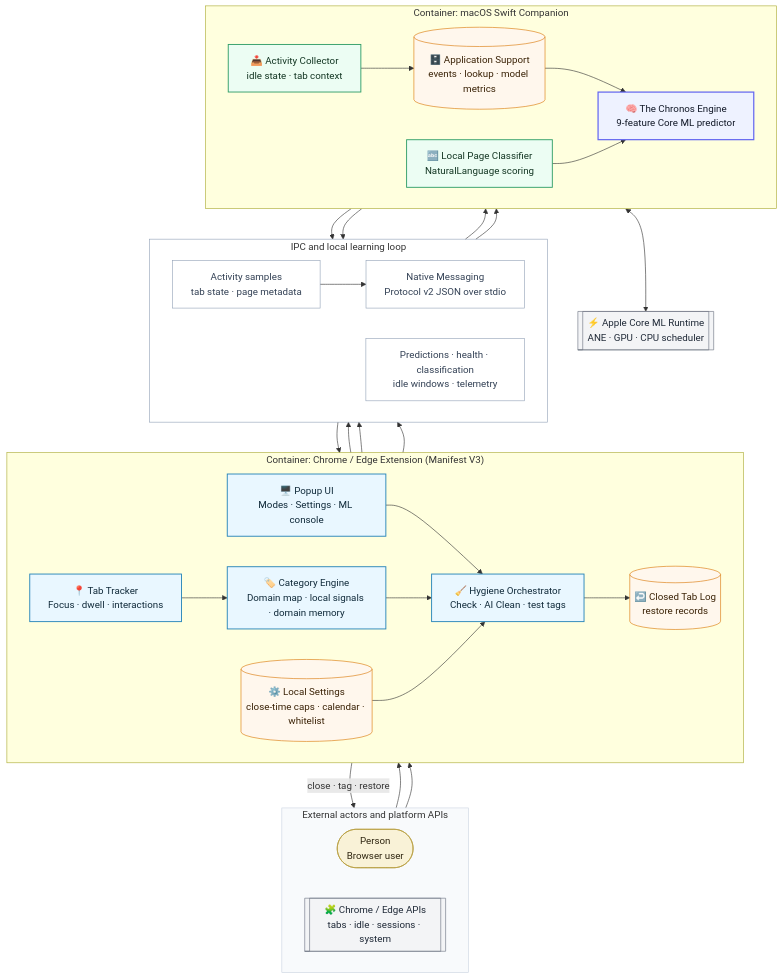
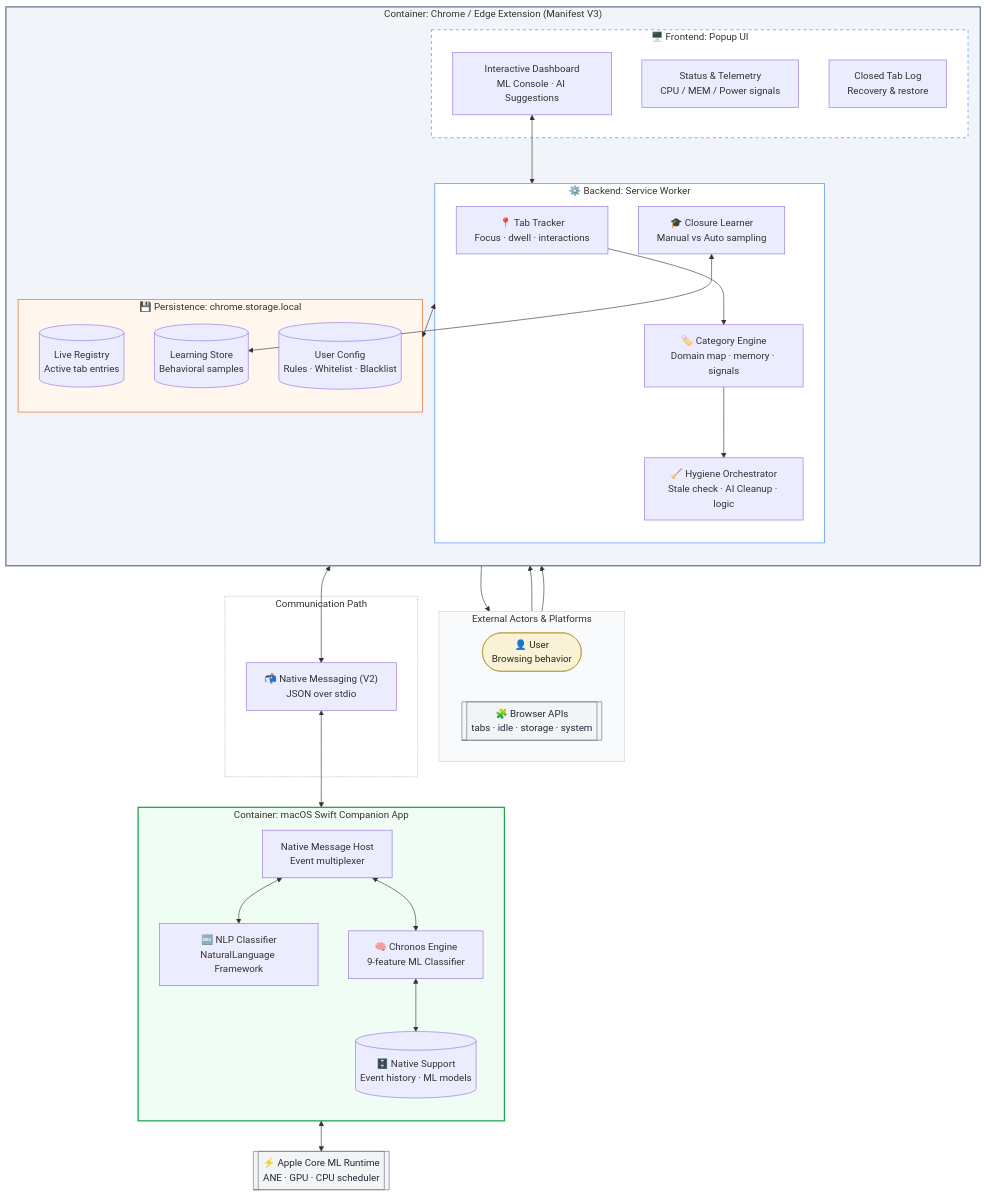
One commit to dubianche123/device-native-tab-hygiene changed the diagram in README.md. Above: the diagram before and after it, drawn with Mermaid. The commit also changed 1 other file, not shown here.

Commit message:
Refine C4 Container View in READMEs to accurately reflect system architecture

````diff
--- a/README.md
+++ b/README.md
@@ -19,72 +19,75 @@
 ```mermaid
 flowchart TB
-  subgraph actors["External actors and platform APIs"]
+  subgraph actors["External Actors & Platforms"]
     direction LR
-    user(["Person<br/>Browser user"])
-    chrome[["🧩 Chrome / Edge APIs<br/>tabs · idle · sessions · system"]]
+    user(["👤 User<br/>Browsing behavior"])
+    chrome[["🧩 Browser APIs<br/>tabs · idle · storage · system"]]
   end
 
   subgraph browser["Container: Chrome / Edge Extension (Manifest V3)"]
-    direction LR
-    popup["🖥️ Popup UI<br/>Modes · Settings · ML console"]
-    tracker["📍 Tab Tracker<br/>Focus · dwell · interactions"]
-    category["🏷️ Category Engine<br/>Domain map · local signals · domain memory"]
-    hygiene["🧹 Hygiene Orchestrator<br/>Check · AI Clean · test tags"]
-    settings[("⚙️ Local Settings<br/>close-time caps · calendar · whitelist")]
-    closedLog[("↩️ Closed Tab Log<br/>restore records")]
+    direction TB
+    subgraph popup["🖥️ Frontend: Popup UI"]
+      p_ui["Interactive Dashboard<br/>ML Console · AI Suggestions"]
+      p_telemetry["Status & Telemetry<br/>CPU / MEM / Power signals"]
+      p_log["Closed Tab Log<br/>Recovery & restore"]
+    end
+
+    subgraph background["⚙️ Backend: Service Worker"]
+      b_tracker["📍 Tab Tracker<br/>Focus · dwell · interactions"]
+      b_learner["🎓 Closure Learner<br/>Manual vs Auto sampling"]
+      b_engine["🏷️ Category Engine<br/>Domain map · memory · signals"]
+      b_orchestrator["🧹 Hygiene Orchestrator<br/>Stale check · AI Cleanup · logic"]
+    end
+
+    subgraph storage["💾 Persistence: chrome.storage.local"]
+      s_registry[("Live Registry<br/>Active tab entries")]
+      s_samples[("Learning Store<br/>Behavioral samples")]
+      s_settings[("User Config<br/>Rules · Whitelist · Blacklist")]
+    end
   end
 
-  subgraph dataflow["IPC and local learning loop"]
-    direction LR
-    sampleBus["Activity samples<br/>tab state · page metadata"]
-    nativeBus["Native Messaging<br/>Protocol v2 JSON over stdio"]
-    resultBus["Predictions · health · classification<br/>idle windows · telemetry"]
+  subgraph ipc["Communication Path"]
+    nativeBus["📬 Native Messaging (V2)<br/>JSON over stdio"]
   end
 
-  subgraph native["Container: macOS Swift Companion"]
-    direction LR
-    collector["📥 Activity Collector<br/>idle state · tab context"]
-    classifier["🔤 Local Page Classifier<br/>NaturalLanguage scoring"]
-    predictor["🧠 The Chronos Engine<br/>9-feature Core ML predictor"]
-    artifacts[("🗄️ Application Support<br/>events · lookup · model metrics")]
+  subgraph native["Container: macOS Swift Companion App"]
+    direction TB
+    n_host["Native Message Host<br/>Event multiplexer"]
+    n_classifier["🔤 NLP Classifier<br/>NaturalLanguage Framework"]
+    n_chronos["🧠 Chronos Engine<br/>9-feature ML Classifier"]
+    n_storage[("🗄️ Native Support<br/>Event history · ML models")]
   end
 
   coreml[["⚡ Apple Core ML Runtime<br/>ANE · GPU · CPU scheduler"]]
 
-  user --> popup
-  chrome --> tracker
-  popup --> hygiene
-  tracker --> category --> hygiene
-  settings --> hygiene
-  hygiene -->|"close · tag · restore"| chrome
-  hygiene --> closedLog
-  tracker --> sampleBus
-  category --> sampleBus
-  sampleBus --> nativeBus --> collector
-  category --> nativeBus --> classifier
-  collector --> artifacts
-  artifacts --> predictor
-  classifier --> predictor
-  predictor <--> coreml
-  predictor --> resultBus --> popup
-  classifier --> resultBus
+  %% Browser Internal Flow
+  user --> p_ui
+  chrome --> b_tracker
+  p_ui <--> background
+  background <--> storage
+  b_tracker --> b_engine
+  b_engine --> b_orchestrator
+  b_learner <--> s_samples
+  b_orchestrator --> chrome
 
+  %% Cross-Container IPC
+  background <--> nativeBus <--> n_host
+  n_host <--> n_classifier
+  n_host <--> n_chronos
+  n_chronos <--> n_storage
+  n_chronos <--> coreml
+
+  %% Styling
   style actors fill:#f8fafc,stroke:#cbd5e1,stroke-width:1px
-  style dataflow fill:none,stroke:#94a3b8,stroke-width:1px
+  style browser fill:#f1f5f9,stroke:#64748b,stroke-width:2px
+  style native fill:#f0fdf4,stroke:#16a34a,stroke-width:2px
+  style popup fill:#ffffff,stroke:#3b82f6,stroke-dasharray: 5 5
+  style background fill:#ffffff,stroke:#3b82f6
+  style storage fill:#fff7ed,stroke:#ea580c
+  style ipc fill:none,stroke:#94a3b8,stroke-dasharray: 2 2
 
-  classDef person fill:#f9f2d7,stroke:#b59b3b,color:#2f2611,stroke-width:1px
-  classDef browser fill:#e9f7ff,stroke:#2684b8,color:#102a3a,stroke-width:1.5px
-  classDef native fill:#ecfdf3,stroke:#2f9d66,color:#123522,stroke-width:1.5px
-  classDef ml fill:#eef2ff,stroke:#6366f1,color:#111827,stroke-width:2px
-  classDef data fill:#fff7ed,stroke:#d97706,color:#3a2206,stroke-width:1px
-  classDef bus fill:none,stroke:#94a3b8,color:#334155,stroke-width:1px
-  classDef external fill:#f3f4f6,stroke:#6b7280,color:#1f2937,stroke-width:1px
-
-  class user person
-  class popup,tracker,category,hygiene browser
-  class collector,classifier native
-  class predictor ml
-  class closedLog,settings,artifacts data
-  class sampleBus,nativeBus,resultBus bus
-  class coreml,chrome external
+  classDef actor fill:#f9f2d7,stroke:#b59b3b,color:#2f2611,stroke-width:1px
+  classDef platform fill:#f3f4f6,stroke:#6b7280,color:#1f2937,stroke-width:1px
+  class user actor
+  class chrome,coreml platform
 ```
````
